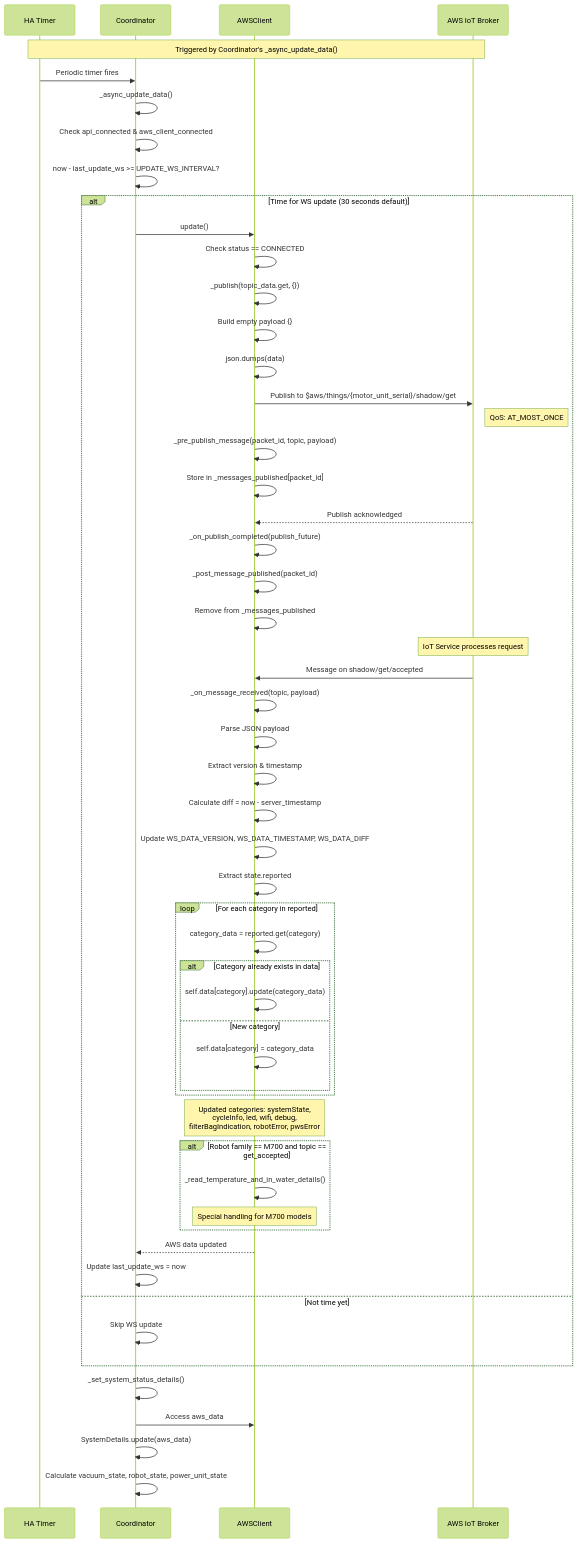
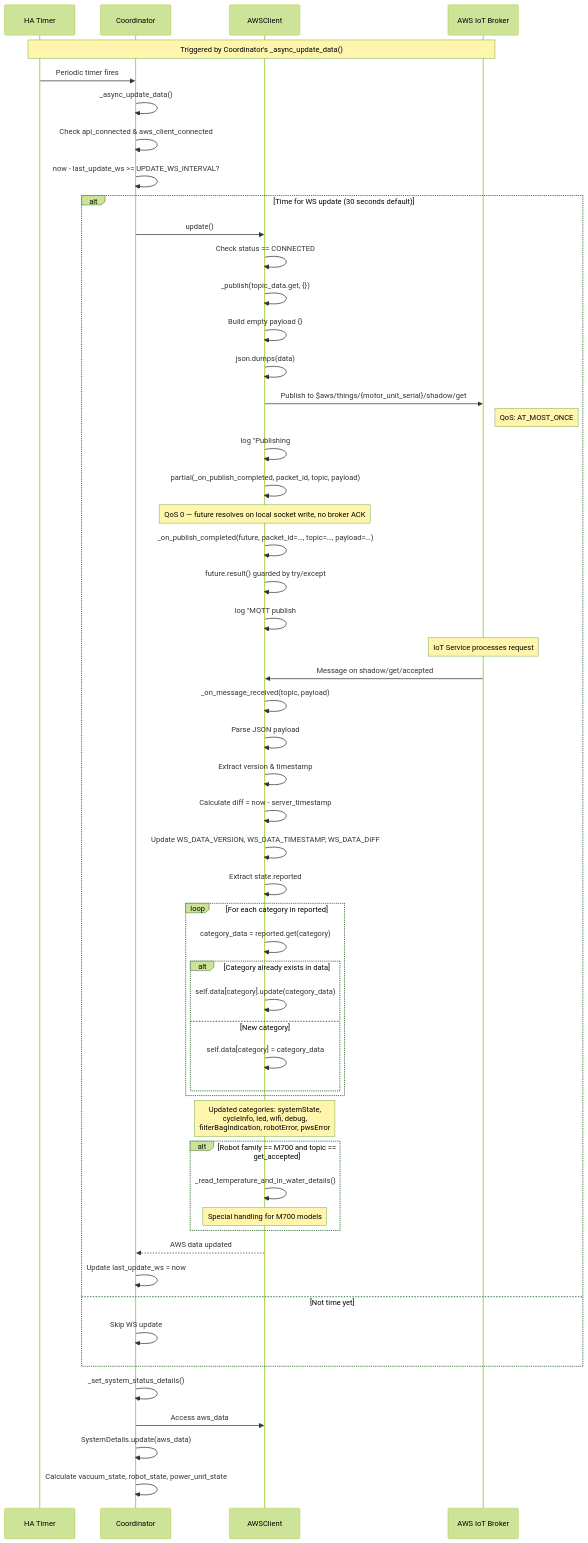
The fifth of 7 diagrams in docs/WORKFLOWS.md (raouldekezel/dolphin-robot), drawn with Mermaid (forest theme) before and after one commit. The commit also changed 2 other files, not shown here.

First paragraph of the commit message:
HARD-05: bind topic/payload to publish callback via partial (#144)
* HARD-05: bind topic/payload to publish callback via partial (#26)

````diff
--- a/docs/WORKFLOWS.md
+++ b/docs/WORKFLOWS.md
@@ -580,70 +580,70 @@
 ```mermaid
 sequenceDiagram
     participant Timer as HA Timer
     participant Coord as Coordinator
     participant AWS as AWSClient
     participant Broker as AWS IoT Broker
 
     Note over Timer,Broker: Triggered by Coordinator's _async_update_data()
 
     Timer->>Coord: Periodic timer fires
     Coord->>Coord: _async_update_data()
     Coord->>Coord: Check api_connected & aws_client_connected
 
     Coord->>Coord: now - last_update_ws >= UPDATE_WS_INTERVAL?
 
     alt Time for WS update (30 seconds default)
         Coord->>AWS: update()
         AWS->>AWS: Check status == CONNECTED
         AWS->>AWS: _publish(topic_data.get, {})
 
         AWS->>AWS: Build empty payload {}
         AWS->>AWS: json.dumps(data)
         AWS->>Broker: Publish to $aws/things/{motor_unit_serial}/shadow/get
         Note right of Broker: QoS: AT_MOST_ONCE
 
-        AWS->>AWS: _pre_publish_message(packet_id, topic, payload)
-        AWS->>AWS: Store in _messages_published[packet_id]
+        AWS->>AWS: log "Publishing #packet_id to topic"
+        AWS->>AWS: partial(_on_publish_completed, packet_id, topic, payload)
 
-        Broker-->>AWS: Publish acknowledged
-        AWS->>AWS: _on_publish_completed(publish_future)
-        AWS->>AWS: _post_message_published(packet_id)
-        AWS->>AWS: Remove from _messages_published
+        Note over AWS: QoS 0 — future resolves on local socket write, no broker ACK
+        AWS->>AWS: _on_publish_completed(future, packet_id=…, topic=…, payload=…)
+        AWS->>AWS: future.result() guarded by try/except
+        AWS->>AWS: log "MQTT publish #packet_id completed" (or _LOGGER.exception on failure)
 
         Note over Broker: IoT Service processes request
         Broker->>AWS: Message on shadow/get/accepted
         AWS->>AWS: _on_message_received(topic, payload)
         AWS->>AWS: Parse JSON payload
 
         AWS->>AWS: Extract version & timestamp
         AWS->>AWS: Calculate diff = now - server_timestamp
         AWS->>AWS: Update WS_DATA_VERSION, WS_DATA_TIMESTAMP, WS_DATA_DIFF
 
         AWS->>AWS: Extract state.reported
         loop For each category in reported
             AWS->>AWS: category_data = reported.get(category)
             alt Category already exists in data
                 AWS->>AWS: self.data[category].update(category_data)
             else New category
                 AWS->>AWS: self.data[category] = category_data
             end
         end
 
         Note over AWS: Updated categories: systemState,<br/>cycleInfo, led, wifi, debug,<br/>filterBagIndication, robotError, pwsError
 
         alt Robot family == M700 and topic == get_accepted
             AWS->>AWS: _read_temperature_and_in_water_details()
             Note over AWS: Special handling for M700 models
         end
 
         AWS-->>Coord: AWS data updated
         Coord->>Coord: Update last_update_ws = now
     else Not time yet
         Coord->>Coord: Skip WS update
     end
 
     Coord->>Coord: _set_system_status_details()
     Coord->>AWS: Access aws_data
     Coord->>Coord: SystemDetails.update(aws_data)
     Coord->>Coord: Calculate vacuum_state, robot_state, power_unit_state
 ```
````
